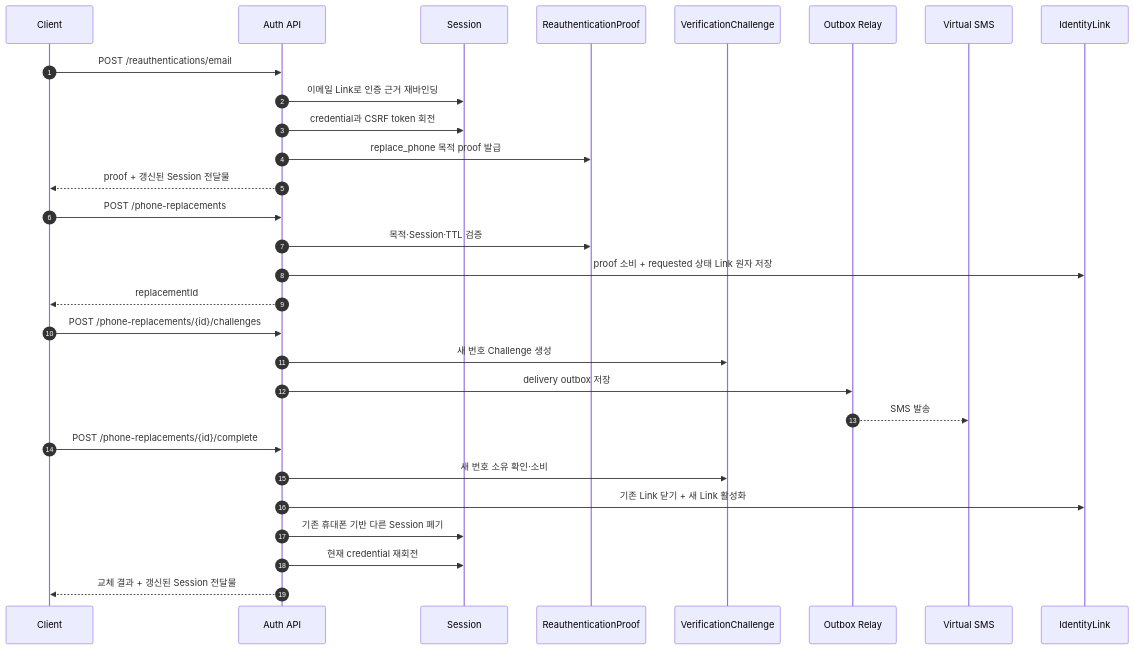
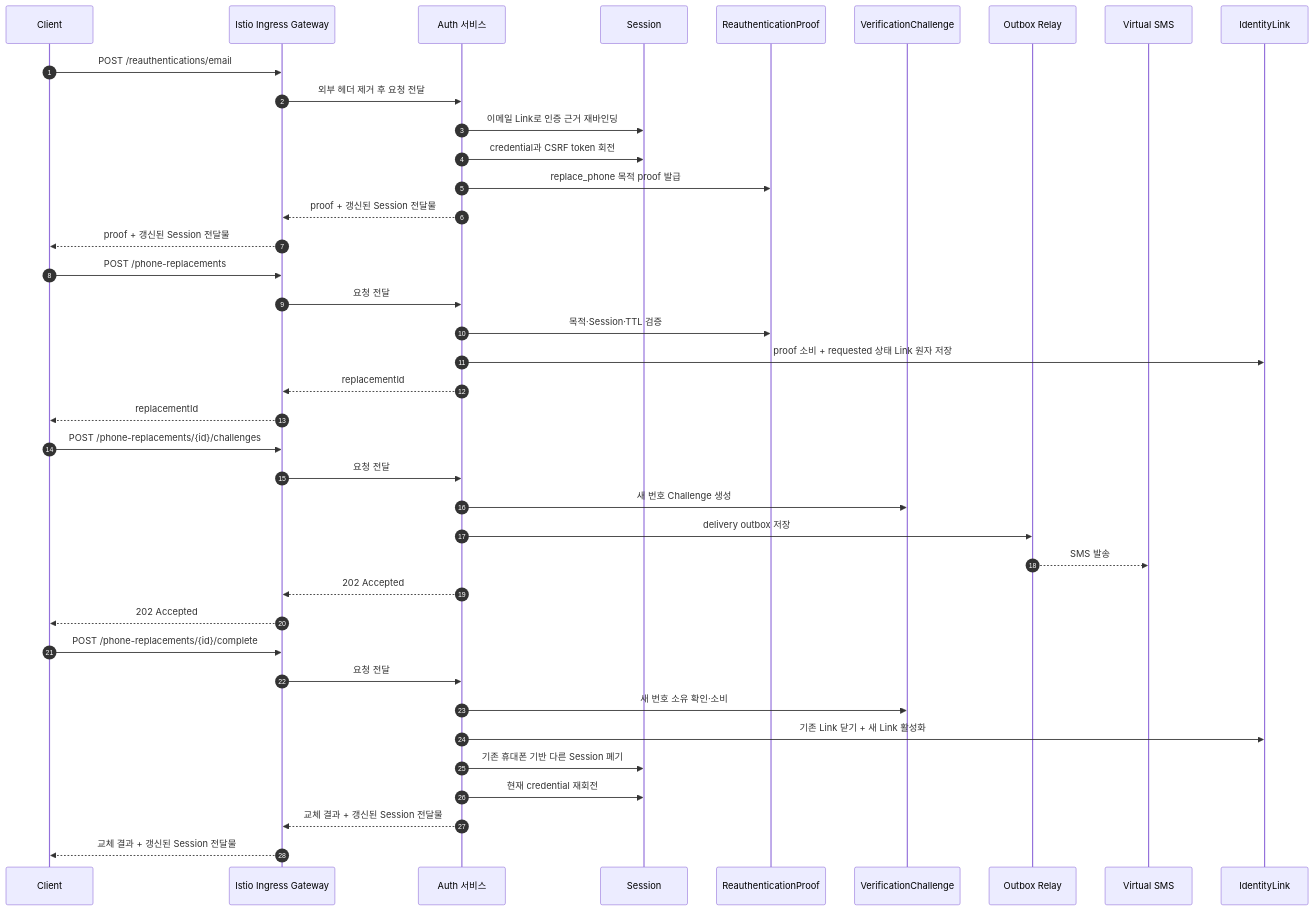
Before and after one commit to Medikong/archive: the diagram in blueprint/80-sequence/A_300_auth/SCN_A_300_03_phone_replacement.md, drawn with Mermaid. The commit also changed other lines of this file and 61 other files, not shown here.

````diff
--- a/blueprint/80-sequence/A_300_auth/SCN_A_300_03_phone_replacement.md
+++ b/blueprint/80-sequence/A_300_auth/SCN_A_300_03_phone_replacement.md
@@ -37,32 +37,42 @@
 ```mermaid
 sequenceDiagram
     autonumber
     participant Client
-    participant Auth as Auth API
+    participant Ingress as Istio Ingress Gateway
+    participant Auth as Auth 서비스
     participant Session
     participant Proof as ReauthenticationProof
     participant Challenge as VerificationChallenge
     participant Relay as Outbox Relay
     participant Provider as Virtual SMS
     participant UserLink as IdentityLink
 
-    Client->>Auth: POST /reauthentications/email
+    Client->>Ingress: POST /reauthentications/email
+    Ingress->>Auth: 외부 헤더 제거 후 요청 전달
     Auth->>Session: 이메일 Link로 인증 근거 재바인딩
     Auth->>Session: credential과 CSRF token 회전
     Auth->>Proof: replace_phone 목적 proof 발급
-    Auth-->>Client: proof + 갱신된 Session 전달물
-    Client->>Auth: POST /phone-replacements
+    Auth-->>Ingress: proof + 갱신된 Session 전달물
+    Ingress-->>Client: proof + 갱신된 Session 전달물
+    Client->>Ingress: POST /phone-replacements
+    Ingress->>Auth: 요청 전달
     Auth->>Proof: 목적·Session·TTL 검증
     Auth->>UserLink: proof 소비 + requested 상태 Link 원자 저장
-    Auth-->>Client: replacementId
-    Client->>Auth: POST /phone-replacements/{id}/challenges
+    Auth-->>Ingress: replacementId
+    Ingress-->>Client: replacementId
+    Client->>Ingress: POST /phone-replacements/{id}/challenges
+    Ingress->>Auth: 요청 전달
     Auth->>Challenge: 새 번호 Challenge 생성
     Auth->>Relay: delivery outbox 저장
     Relay-->>Provider: SMS 발송
-    Client->>Auth: POST /phone-replacements/{id}/complete
+    Auth-->>Ingress: 202 Accepted
+    Ingress-->>Client: 202 Accepted
+    Client->>Ingress: POST /phone-replacements/{id}/complete
+    Ingress->>Auth: 요청 전달
     Auth->>Challenge: 새 번호 소유 확인·소비
     Auth->>UserLink: 기존 Link 닫기 + 새 Link 활성화
     Auth->>Session: 기존 휴대폰 기반 다른 Session 폐기
     Auth->>Session: 현재 credential 재회전
-    Auth-->>Client: 교체 결과 + 갱신된 Session 전달물
+    Auth-->>Ingress: 교체 결과 + 갱신된 Session 전달물
+    Ingress-->>Client: 교체 결과 + 갱신된 Session 전달물
 ```
````
